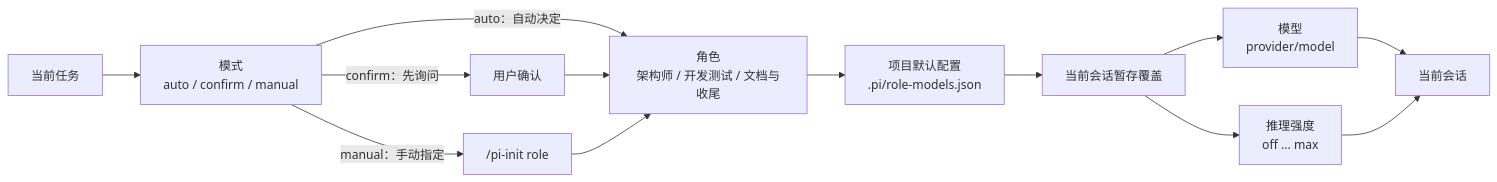
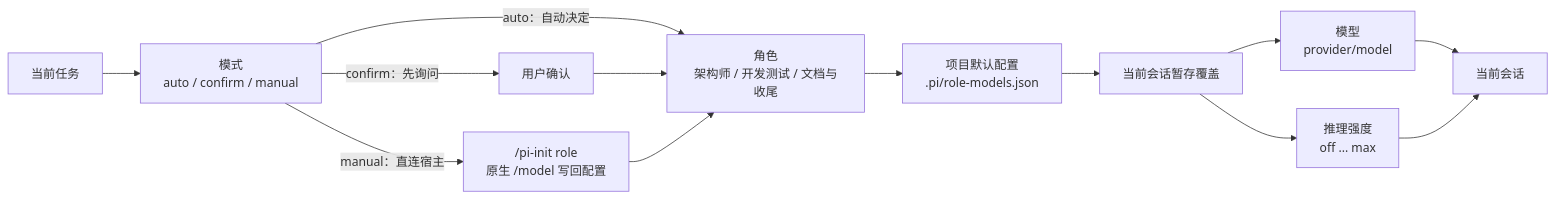
Before and after one commit to CGOSU/pi-init: the diagram in README.md, drawn with Mermaid. The commit also changed other lines of this file and 13 other files, not shown here.

````diff
--- a/README.md
+++ b/README.md
@@ -141,15 +141,15 @@
 ```mermaid
 flowchart LR
   TASK[当前任务] --> MODE[模式<br/>auto / confirm / manual]
   MODE -->|auto：自动决定| ROLE[角色<br/>架构师 / 开发测试 / 文档与收尾]
   MODE -->|confirm：先询问| CONFIRM[用户确认]
   CONFIRM --> ROLE
-  MODE -->|manual：手动指定| COMMAND["/pi-init role"]
+  MODE -->|manual：直连宿主| COMMAND["/pi-init role<br/>原生 /model 写回配置"]
   COMMAND --> ROLE
   ROLE --> CONFIG[项目默认配置<br/>.pi/role-models.json]
   CONFIG --> OVERRIDE[当前会话暂存覆盖]
   OVERRIDE --> MODEL[模型<br/>provider/model]
   OVERRIDE --> THINKING[推理强度<br/>off ... max]
   MODEL --> SESSION[当前会话]
   THINKING --> SESSION
 ```
````
